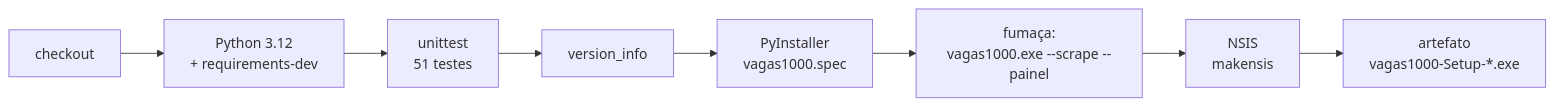
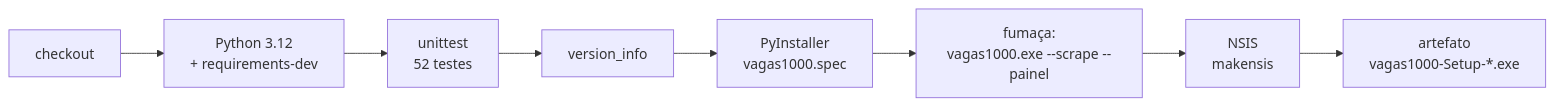
One commit to nataliatobiasdev/vagas-1000 changed the first of 2 diagrams in docs/qualidade/ci.md. Above: the diagram before and after it, drawn with Mermaid. The commit also changed 7 other files, not shown here.

````diff
--- a/docs/qualidade/ci.md
+++ b/docs/qualidade/ci.md
@@ -15,4 +15,4 @@
 ```mermaid
 flowchart LR
-  A[checkout] --> B["Python 3.12<br/>+ requirements-dev"] --> C["unittest<br/>51 testes"] --> D[version_info] --> E["PyInstaller<br/>vagas1000.spec"] --> F["fumaça:<br/>vagas1000.exe --scrape --painel"] --> G["NSIS<br/>makensis"] --> H["artefato<br/>vagas1000-Setup-*.exe"]
+  A[checkout] --> B["Python 3.12<br/>+ requirements-dev"] --> C["unittest<br/>52 testes"] --> D[version_info] --> E["PyInstaller<br/>vagas1000.spec"] --> F["fumaça:<br/>vagas1000.exe --scrape --painel"] --> G["NSIS<br/>makensis"] --> H["artefato<br/>vagas1000-Setup-*.exe"]
 ```
````
